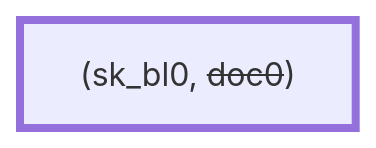
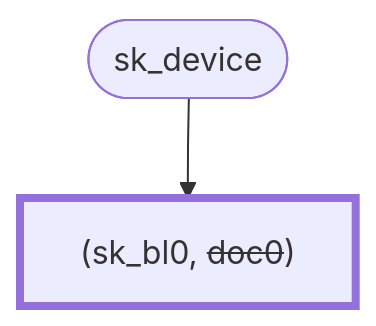
One commit to sander/hierarchical-deterministic-keys changed the second of 5 diagrams in keys.md. Above: the diagram before and after it, drawn with Mermaid. The commit also changed other lines of this file, not shown here.

````diff
--- a/keys.md
+++ b/keys.md
@@ -71,5 +73,7 @@
 ```mermaid
 flowchart
+device(["sk_device"])
+device --> root
 root["(sk_bl0, <del>doc0</del>)"]
 style root stroke-width:4px
 ```
````
